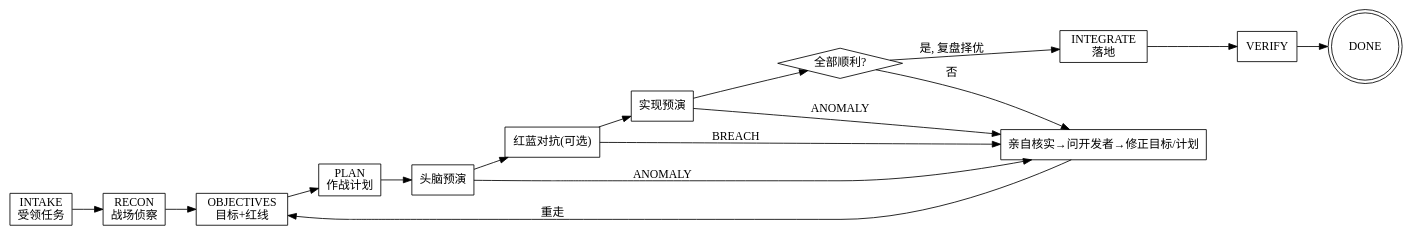
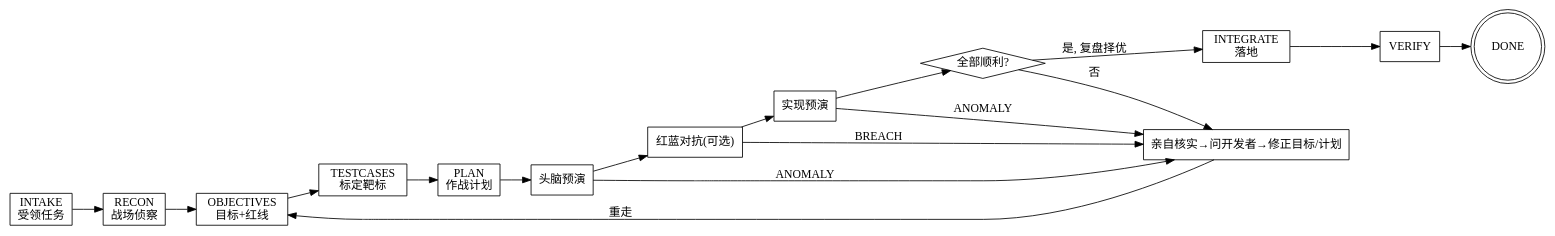
The diagram in skills/using-sandtable/SKILL.md (andoop/sandtable), drawn with Graphviz before and after one commit. The commit also changed other lines of this file and 44 other files, not shown here.

First line of the commit message:
feat(tests): 新增一等公民产物 tests.md + writing-tests 技能 + phase TESTCASES

````diff
--- a/skills/using-sandtable/SKILL.md
+++ b/skills/using-sandtable/SKILL.md
@@ -28,26 +28,27 @@
 ```dot
 digraph sandtable {
   rankdir=LR;
   INTAKE [shape=box label="INTAKE\n受领任务"];
   RECON [shape=box label="RECON\n战场侦察"];
   OBJ [shape=box label="OBJECTIVES\n目标+红线"];
+  TESTS [shape=box label="TESTCASES\n标定靶标"];
   PLAN [shape=box label="PLAN\n作战计划"];
   MENTAL [shape=box label="头脑预演"];
   RED [shape=box label="红蓝对抗(可选)"];
   IMPL [shape=box label="实现预演"];
   EVAL [shape=diamond label="全部顺利?"];
   INTEGRATE [shape=box label="INTEGRATE\n落地"];
   VERIFY [shape=box];
   DONE [shape=doublecircle];
   FIX [shape=box label="亲自核实→问开发者→修正目标/计划"];
 
-  INTAKE -> RECON -> OBJ -> PLAN -> MENTAL -> RED -> IMPL -> EVAL;
+  INTAKE -> RECON -> OBJ -> TESTS -> PLAN -> MENTAL -> RED -> IMPL -> EVAL;
   MENTAL -> FIX [label="ANOMALY"];
   RED -> FIX [label="BREACH"];
   IMPL -> FIX [label="ANOMALY"];
   EVAL -> FIX [label="否"];
   EVAL -> INTEGRATE [label="是, 复盘择优"];
   FIX -> OBJ [label="重走"];
   INTEGRATE -> VERIFY -> DONE;
 }
 ```
````
